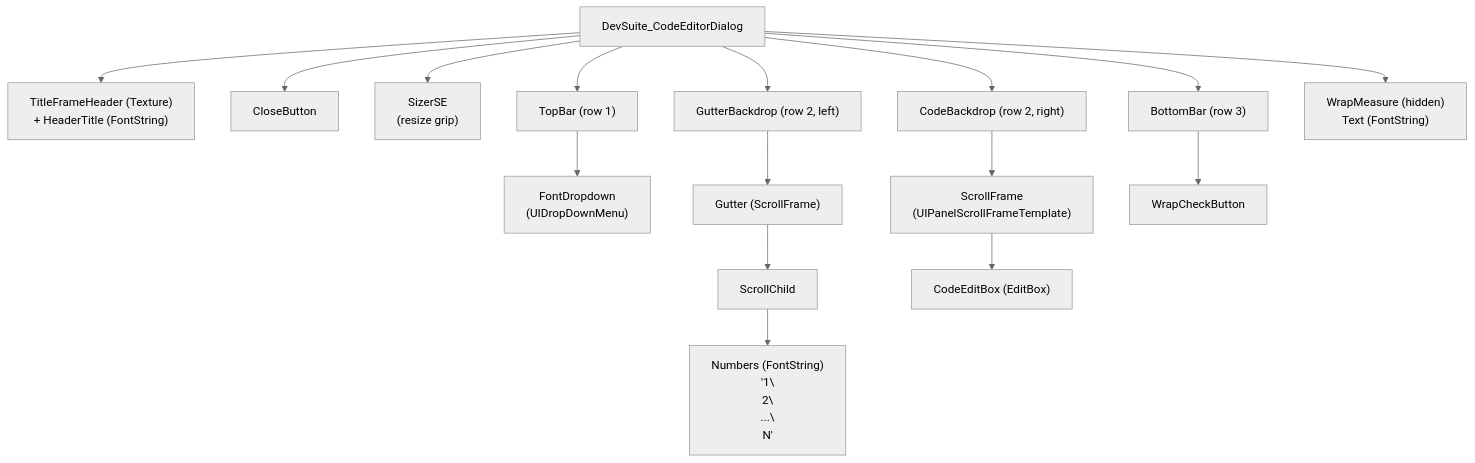
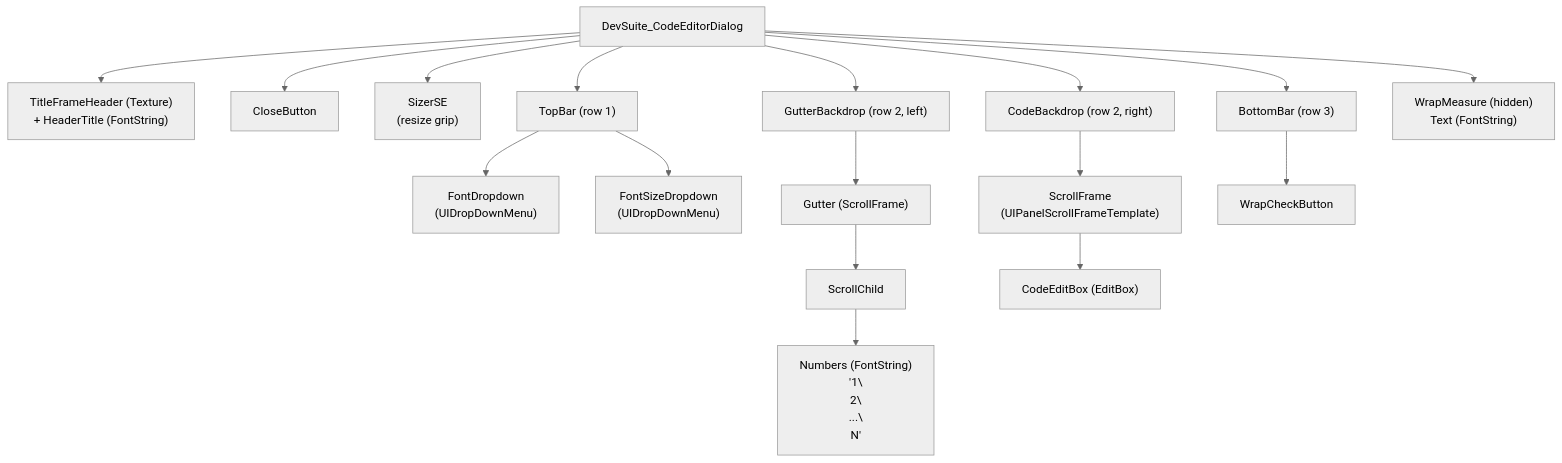
Before and after one commit to kapresoft/wow-addon-devsuite: the second of 2 diagrams in DevSuite/Libs/CodeEditor/README_CodeEditor.md, drawn with Mermaid (neutral theme). The commit also changed other lines of this file and 4 other files, not shown here.

First line of the commit message:
Add live fontSize support to CodeEditorDialog

````diff
--- a/DevSuite/Libs/CodeEditor/README_CodeEditor.md
+++ b/DevSuite/Libs/CodeEditor/README_CodeEditor.md
@@ -58,25 +58,26 @@
 ```mermaid
 graph TD
     Dialog["DevSuite_CodeEditorDialog"]
 
     Dialog --> Header["TitleFrameHeader (Texture)\n+ HeaderTitle (FontString)"]
     Dialog --> CloseButton["CloseButton"]
     Dialog --> SizerSE["SizerSE\n(resize grip)"]
 
     Dialog --> TopBar["TopBar (row 1)"]
     TopBar --> FontDropdown["FontDropdown\n(UIDropDownMenu)"]
+    TopBar --> FontSizeDropdown["FontSizeDropdown\n(UIDropDownMenu)"]
 
     Dialog --> GutterBackdrop["GutterBackdrop (row 2, left)"]
     GutterBackdrop --> Gutter["Gutter (ScrollFrame)"]
     Gutter --> GutterScrollChild["ScrollChild"]
     GutterScrollChild --> Numbers["Numbers (FontString)\n'1\\n2\\n...\\nN'"]
 
     Dialog --> CodeBackdrop["CodeBackdrop (row 2, right)"]
     CodeBackdrop --> ScrollFrame["ScrollFrame\n(UIPanelScrollFrameTemplate)"]
     ScrollFrame --> CodeEditBox["CodeEditBox (EditBox)"]
 
     Dialog --> BottomBar["BottomBar (row 3)"]
     BottomBar --> WrapCheckButton["WrapCheckButton"]
 
     Dialog --> WrapMeasure["WrapMeasure (hidden)\nText (FontString)"]
 ```
````
